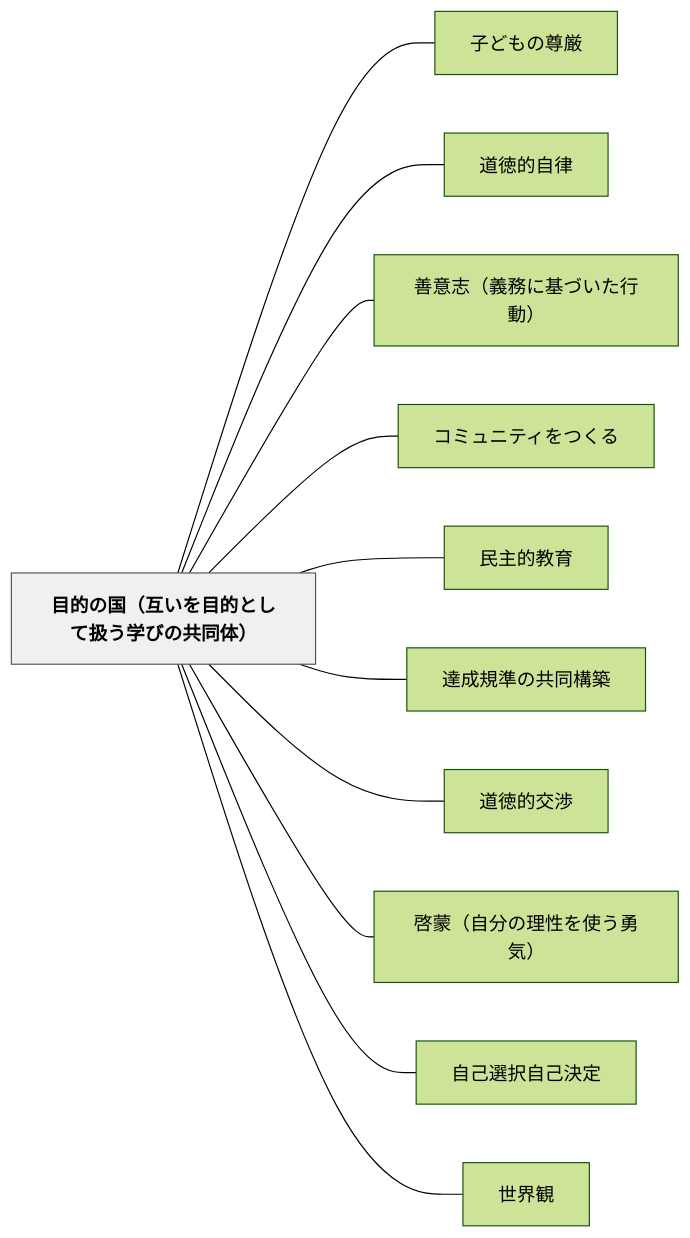
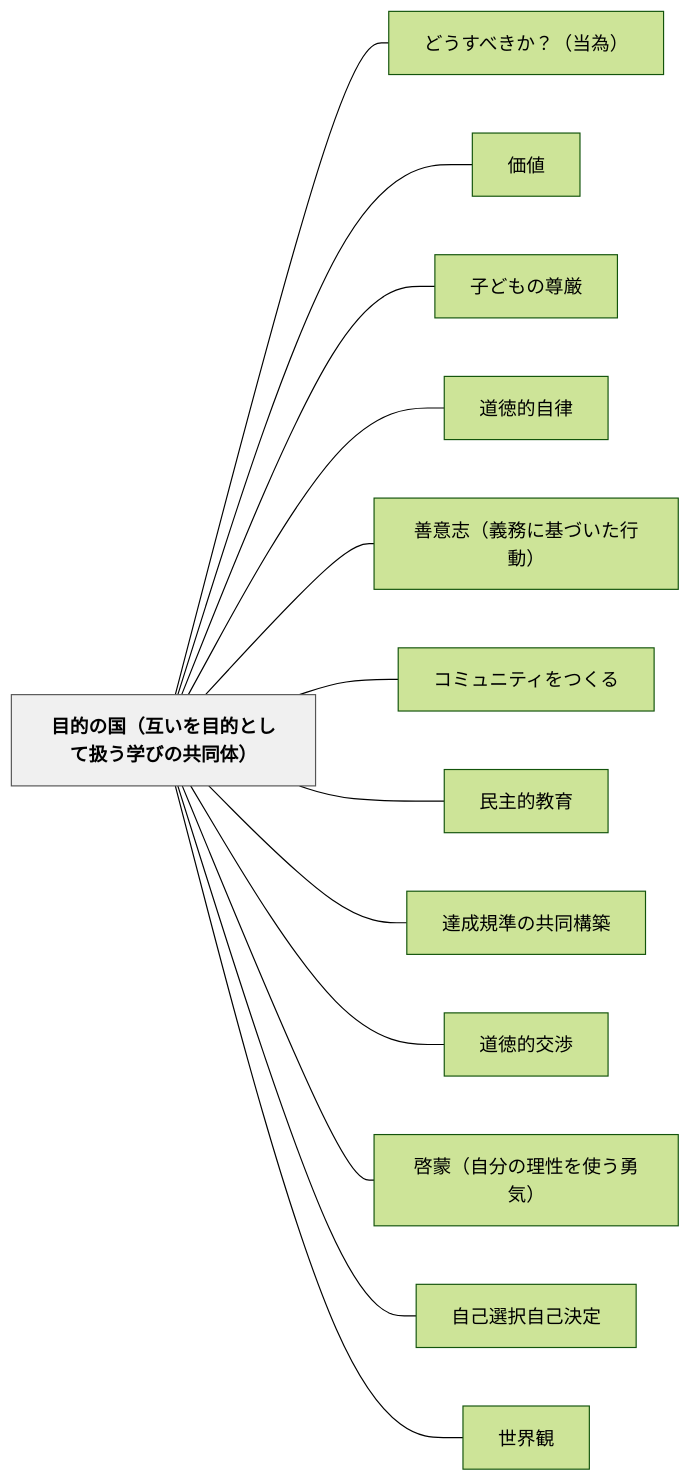
The diagram in content/パタン/目的の国（互いを目的として扱う学びの共同体）.md (unknownthings-ed-patterns/unknownthings-ed-patterns), drawn with Mermaid (forest theme) before and after one commit. The commit also changed other lines of this file and 7 other files, not shown here.

````diff
--- a/content/パタン/目的の国（互いを目的として扱う学びの共同体）.md
+++ b/content/パタン/目的の国（互いを目的として扱う学びの共同体）.md
@@ -117,28 +119,32 @@
 ```mermaid
 flowchart LR
     ne79baee79a84e381aee59bbdefbc88e4ba92e38184e38292e79baee79a84e381a8e38197e381a6e689b1e38186e5ada6e381b3e381aee585b1e5908ce4bd93efbc89["目的の国（互いを目的として扱う学びの共同体）"]
+    ne381a9e38186e38199e381b9e3818de3818befbc9fefbc88e5bd93e782baefbc89["どうすべきか？（当為）"]
+    ne4bea1e580a4["価値"]
     ne5ad90e381a9e38282e381aee5b08ae58eb3["子どもの尊厳"]
     ne98193e5beb3e79a84e887aae5be8b["道徳的自律"]
     ne59684e6848fe5bf97efbc88e7bea9e58b99e381abe59fbae381a5e38184e3819fe8a18ce58b95efbc89["善意志（義務に基づいた行動）"]
     ne382b3e3839fe383a5e3838be38386e382a3e38292e381a4e3818fe3828b["コミュニティをつくる"]
     ne6b091e4b8bbe79a84e69599e882b2["民主的教育"]
     ne98194e68890e8a68fe6ba96e381aee585b1e5908ce6a78be7af89["達成規準の共同構築"]
     ne98193e5beb3e79a84e4baa4e6b889["道徳的交渉"]
     ne59593e89299efbc88e887aae58886e381aee79086e680a7e38292e4bdbfe38186e58b87e6b097efbc89["啓蒙（自分の理性を使う勇気）"]
     ne887aae5b7b1e981b8e68a9ee887aae5b7b1e6b1bae5ae9a["自己選択自己決定"]
     ne4b896e7958ce8a6b3["世界観"]
 
+    ne79baee79a84e381aee59bbdefbc88e4ba92e38184e38292e79baee79a84e381a8e38197e381a6e689b1e38186e5ada6e381b3e381aee585b1e5908ce4bd93efbc89 --- ne381a9e38186e38199e381b9e3818de3818befbc9fefbc88e5bd93e782baefbc89
+    ne79baee79a84e381aee59bbdefbc88e4ba92e38184e38292e79baee79a84e381a8e38197e381a6e689b1e38186e5ada6e381b3e381aee585b1e5908ce4bd93efbc89 --- ne4bea1e580a4
     ne79baee79a84e381aee59bbdefbc88e4ba92e38184e38292e79baee79a84e381a8e38197e381a6e689b1e38186e5ada6e381b3e381aee585b1e5908ce4bd93efbc89 --- ne5ad90e381a9e38282e381aee5b08ae58eb3
     ne79baee79a84e381aee59bbdefbc88e4ba92e38184e38292e79baee79a84e381a8e38197e381a6e689b1e38186e5ada6e381b3e381aee585b1e5908ce4bd93efbc89 --- ne98193e5beb3e79a84e887aae5be8b
     ne79baee79a84e381aee59bbdefbc88e4ba92e38184e38292e79baee79a84e381a8e38197e381a6e689b1e38186e5ada6e381b3e381aee585b1e5908ce4bd93efbc89 --- ne59684e6848fe5bf97efbc88e7bea9e58b99e381abe59fbae381a5e38184e3819fe8a18ce58b95efbc89
     ne79baee79a84e381aee59bbdefbc88e4ba92e38184e38292e79baee79a84e381a8e38197e381a6e689b1e38186e5ada6e381b3e381aee585b1e5908ce4bd93efbc89 --- ne382b3e3839fe383a5e3838be38386e382a3e38292e381a4e3818fe3828b
     ne79baee79a84e381aee59bbdefbc88e4ba92e38184e38292e79baee79a84e381a8e38197e381a6e689b1e38186e5ada6e381b3e381aee585b1e5908ce4bd93efbc89 --- ne6b091e4b8bbe79a84e69599e882b2
     ne79baee79a84e381aee59bbdefbc88e4ba92e38184e38292e79baee79a84e381a8e38197e381a6e689b1e38186e5ada6e381b3e381aee585b1e5908ce4bd93efbc89 --- ne98194e68890e8a68fe6ba96e381aee585b1e5908ce6a78be7af89
     ne79baee79a84e381aee59bbdefbc88e4ba92e38184e38292e79baee79a84e381a8e38197e381a6e689b1e38186e5ada6e381b3e381aee585b1e5908ce4bd93efbc89 --- ne98193e5beb3e79a84e4baa4e6b889
     ne79baee79a84e381aee59bbdefbc88e4ba92e38184e38292e79baee79a84e381a8e38197e381a6e689b1e38186e5ada6e381b3e381aee585b1e5908ce4bd93efbc89 --- ne59593e89299efbc88e887aae58886e381aee79086e680a7e38292e4bdbfe38186e58b87e6b097efbc89
     ne79baee79a84e381aee59bbdefbc88e4ba92e38184e38292e79baee79a84e381a8e38197e381a6e689b1e38186e5ada6e381b3e381aee585b1e5908ce4bd93efbc89 --- ne887aae5b7b1e981b8e68a9ee887aae5b7b1e6b1bae5ae9a
     ne79baee79a84e381aee59bbdefbc88e4ba92e38184e38292e79baee79a84e381a8e38197e381a6e689b1e38186e5ada6e381b3e381aee585b1e5908ce4bd93efbc89 --- ne4b896e7958ce8a6b3
 
     classDef hub fill:#f0f0f0,stroke:#555,color:#000,font-weight:bold
     class ne79baee79a84e381aee59bbdefbc88e4ba92e38184e38292e79baee79a84e381a8e38197e381a6e689b1e38186e5ada6e381b3e381aee585b1e5908ce4bd93efbc89 hub
 ```
````
